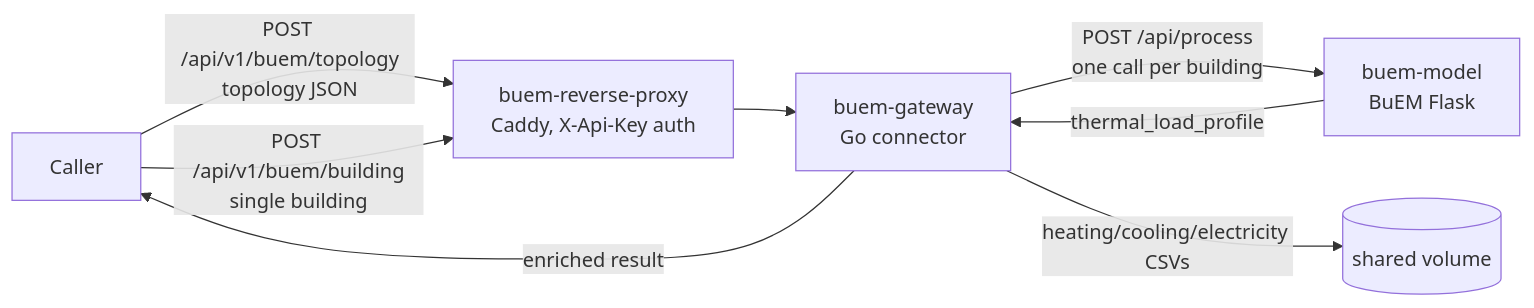
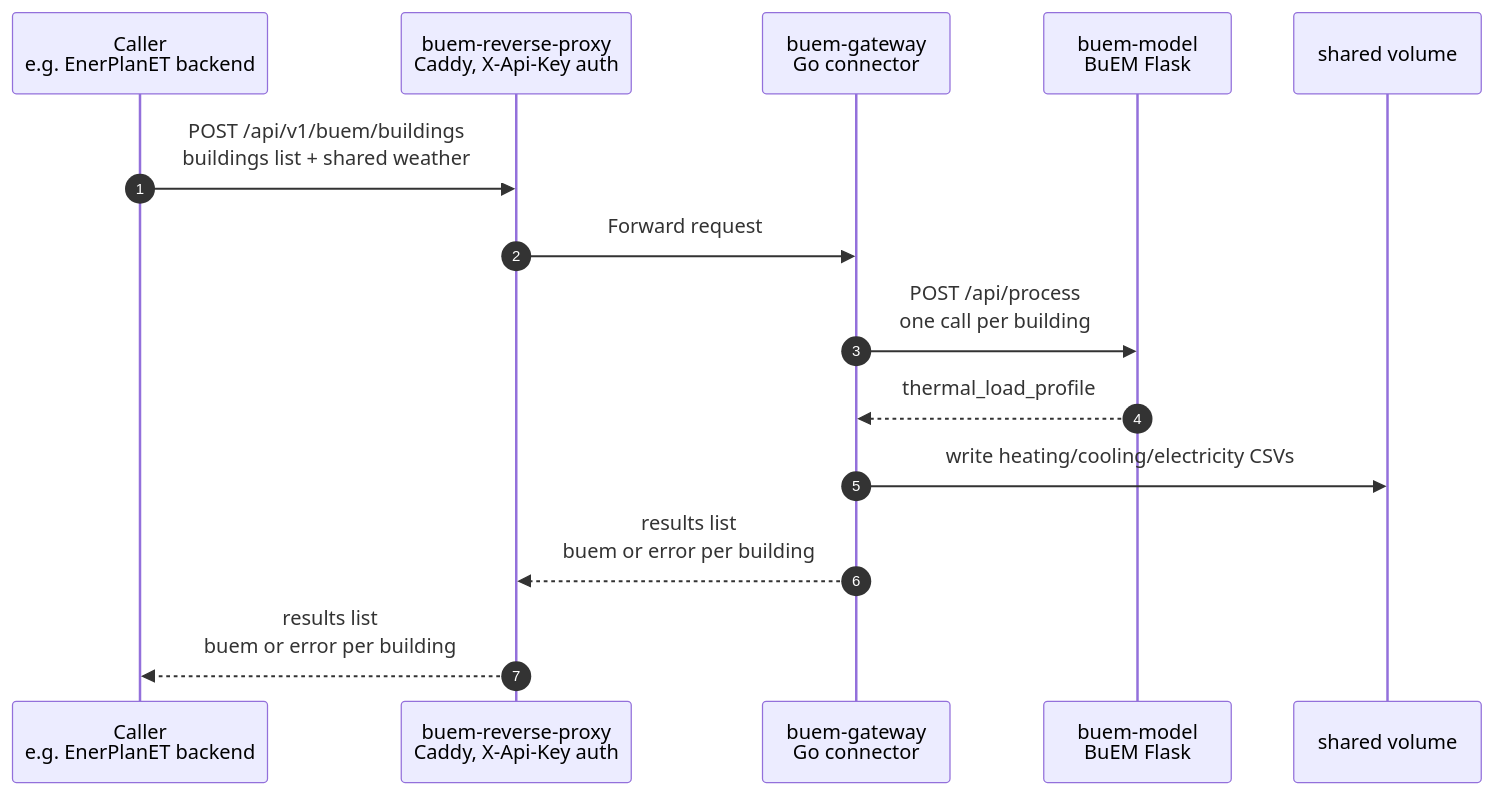
One commit to enerplanet/buem-gateway changed the diagram in README.md. Above: the diagram before and after it, drawn with Mermaid. The commit also changed other lines of this file and 13 other files, not shown here.

First line of the commit message:
feat(api)!: replace /buem/topology with /buem/buildings (#39)

````diff
--- a/README.md
+++ b/README.md
@@ -24,10 +26,17 @@
 ```mermaid
-graph LR
-    CALLER[Caller] -->|POST /api/v1/buem/topology<br>topology JSON| PROXY[buem-reverse-proxy<br>Caddy, X-Api-Key auth]
-    CALLER -->|POST /api/v1/buem/building<br>single building| PROXY
-    PROXY --> APP[buem-gateway<br>Go connector]
-    APP -->|POST /api/process<br>one call per building| MODEL[buem-model<br>BuEM Flask]
-    MODEL -->|thermal_load_profile| APP
-    APP -->|enriched result| CALLER
-    APP -->|heating/cooling/electricity CSVs| VOL[(shared volume)]
+sequenceDiagram
+    autonumber
+    participant Caller as Caller<br/>e.g. EnerPlanET backend
+    participant Proxy as buem-reverse-proxy<br/>Caddy, X-Api-Key auth
+    participant App as buem-gateway<br/>Go connector
+    participant Model as buem-model<br/>BuEM Flask
+    participant Vol as shared volume
+
+    Caller->>Proxy: POST /api/v1/buem/buildings<br/>buildings list + shared weather
+    Proxy->>App: Forward request
+    App->>Model: POST /api/process<br/>one call per building
+    Model-->>App: thermal_load_profile
+    App->>Vol: write heating/cooling/electricity CSVs
+    App-->>Proxy: results list<br/>buem or error per building
+    Proxy-->>Caller: results list<br/>buem or error per building
 ```
````
